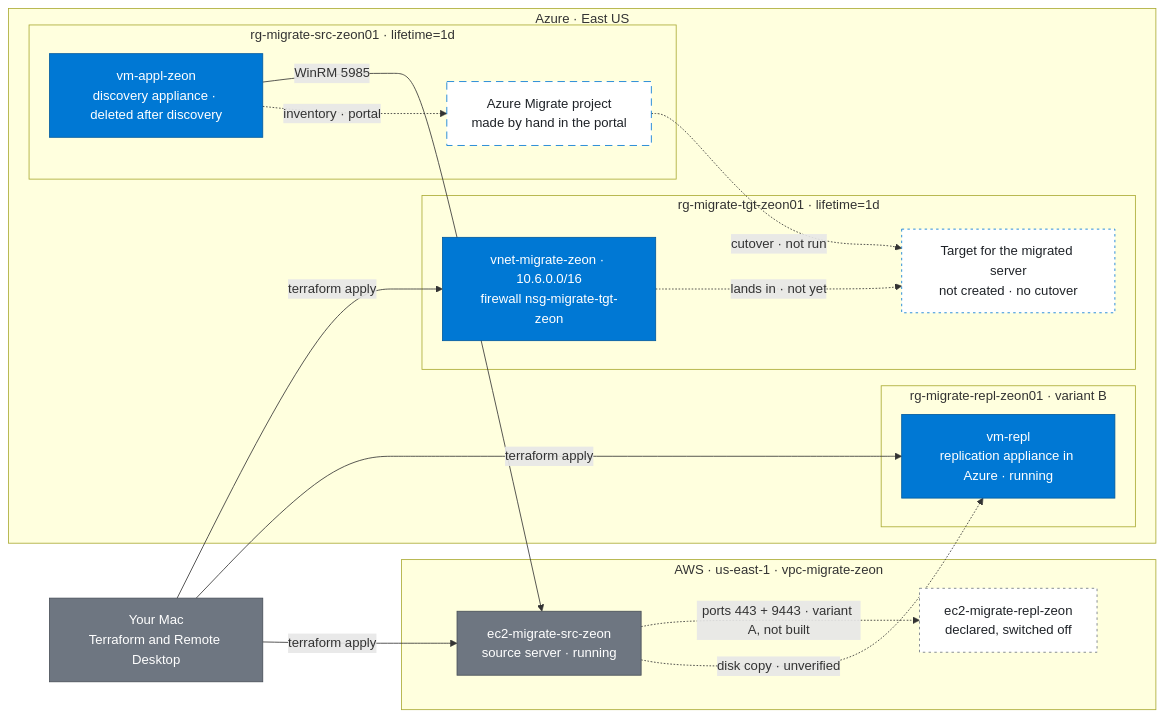
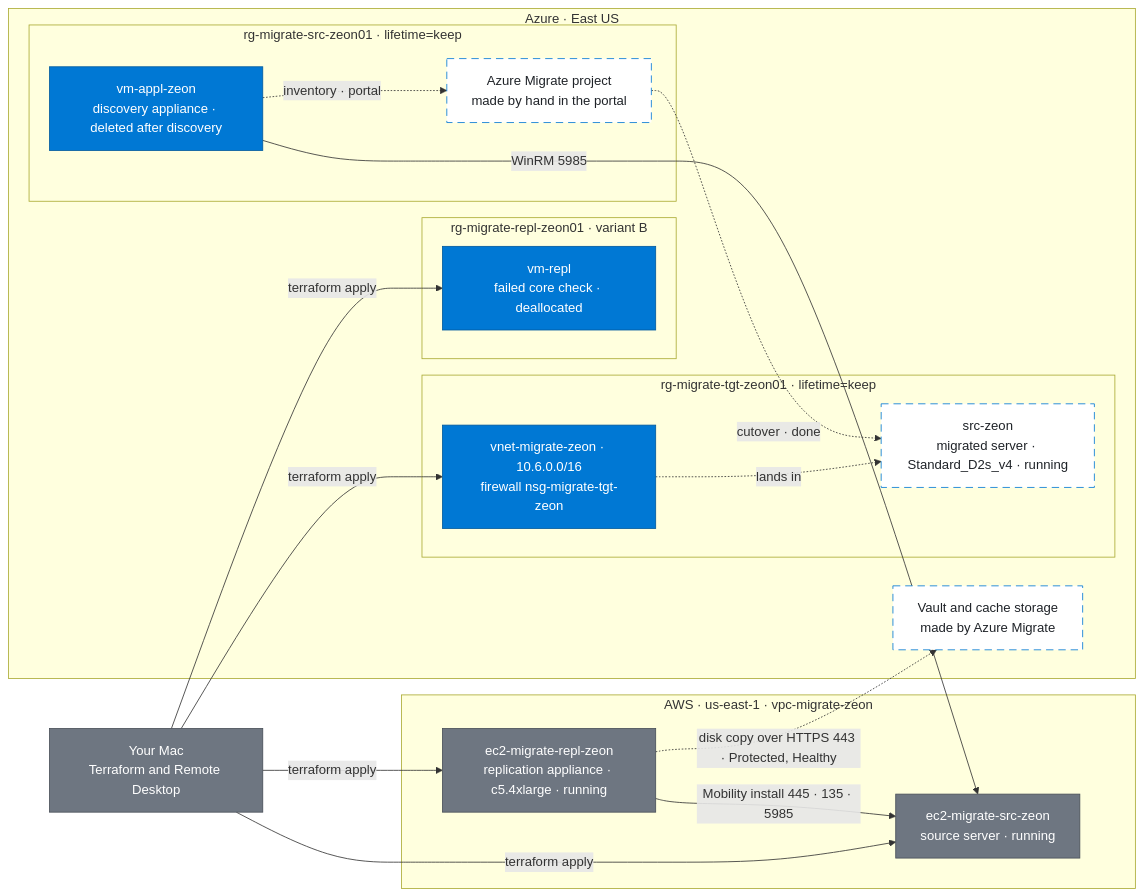
One commit to zsociety47/azure-aws-migrate-poc changed the diagram in README.md. Above: the diagram before and after it, drawn with Mermaid. The commit also changed other lines of this file and 16 other files, not shown here.

Commit message:
Document Variant A through replication, test migration, and cutover.

````diff
--- a/README.md
+++ b/README.md
@@ -565,45 +572,43 @@
 ```mermaid
 flowchart LR
     operator["Your Mac<br/>Terraform and Remote Desktop"]
 
     subgraph awsnet["AWS · us-east-1 · vpc-migrate-zeon"]
         source["ec2-migrate-src-zeon<br/>source server · running"]
-        repl["ec2-migrate-repl-zeon<br/>declared, switched off"]
+        repl["ec2-migrate-repl-zeon<br/>replication appliance · c5.4xlarge · running"]
     end
 
     subgraph azcloud["Azure · East US"]
-        subgraph staging["rg-migrate-src-zeon01 · lifetime=1d"]
+        subgraph staging["rg-migrate-src-zeon01 · lifetime=keep"]
             discovery["vm-appl-zeon<br/>discovery appliance · deleted after discovery"]
             migrate["Azure Migrate project<br/>made by hand in the portal"]
         end
-        subgraph tgt["rg-migrate-tgt-zeon01 · lifetime=1d"]
+        subgraph tgt["rg-migrate-tgt-zeon01 · lifetime=keep"]
             vnet["vnet-migrate-zeon · 10.6.0.0/16<br/>firewall nsg-migrate-tgt-zeon"]
-            landed["Target for the migrated server<br/>not created · no cutover"]
+            landed["src-zeon<br/>migrated server · Standard_D2s_v4 · running"]
         end
+        vault["Vault and cache storage<br/>made by Azure Migrate"]
         subgraph replrg["rg-migrate-repl-zeon01 · variant B"]
-            vmrepl["vm-repl<br/>replication appliance in Azure · running"]
+            vmrepl["vm-repl<br/>failed core check · deallocated"]
         end
     end
 
     operator -- "terraform apply" --> source
+    operator -- "terraform apply" --> repl
     operator -- "terraform apply" --> vnet
     operator -- "terraform apply" --> vmrepl
     discovery -- "WinRM 5985" --> source
     discovery -. "inventory · portal" .-> migrate
-    source -. "ports 443 + 9443 · variant A, not built" .-> repl
-    source -. "disk copy · unverified" .-> vmrepl
-    migrate -. "cutover · not run" .-> landed
-    vnet -. "lands in · not yet" .-> landed
+    repl -- "Mobility install 445 · 135 · 5985" --> source
+    repl -. "disk copy over HTTPS 443 · Protected, Healthy" .-> vault
+    migrate -. "cutover · done" .-> landed
+    vnet -. "lands in" .-> landed
 
     classDef azure fill:#0078d4,stroke:#005a9e,color:#fff
     classDef external fill:#6e7681,stroke:#484f58,color:#fff
     classDef portal fill:#fff,stroke:#0078d4,color:#1f2328,stroke-dasharray:9 6
-    classDef plannedaws fill:#fff,stroke:#6e7681,color:#1f2328,stroke-dasharray:3 4
-    classDef plannedaz fill:#fff,stroke:#0078d4,color:#1f2328,stroke-dasharray:3 4
 
     class discovery,vnet,vmrepl azure
-    class operator,source external
-    class migrate portal
-    class repl plannedaws
-    class landed plannedaz
+    class operator,source,repl external
+    class migrate,landed,vault portal
 ```
````
